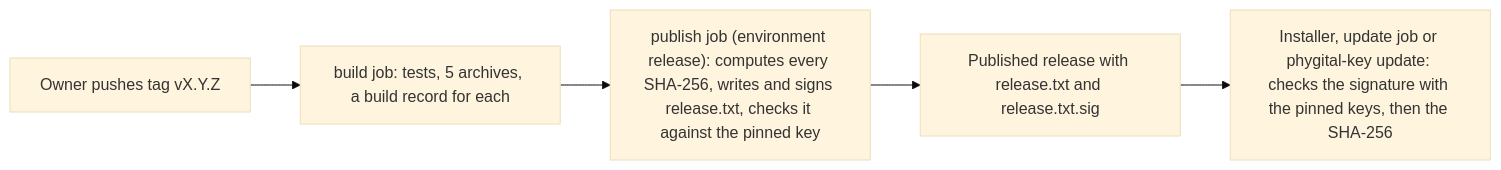
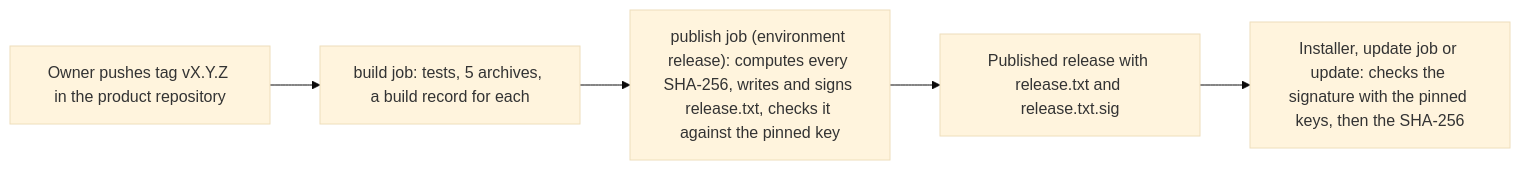
Before and after one commit to Phygital-Key/phygital-key: the second of 2 diagrams in docs/updates.md, drawn with Mermaid (base theme). The commit also changed other lines of this file and 114 other files, not shown here.

Commit message:
Split into a shared base: the gate becomes the phygital-key-gate library (Product + Adapter), installers and release scripts become product templates; MCP moves to Phygital-Key/phygital-key-mcp, A2A is Phygital-Key/phygital-key-a2a; docs made product-neutral; v0.4.0

````diff
--- a/docs/updates.md
+++ b/docs/updates.md
@@ -220,7 +249,7 @@
 ```mermaid
 flowchart LR
-    Tag["Owner pushes tag vX.Y.Z"] --> Build["build job: tests, 5 archives, a build record for each"]
+    Tag["Owner pushes tag vX.Y.Z in the product repository"] --> Build["build job: tests, 5 archives, a build record for each"]
     Build --> Sign["publish job (environment release): computes every SHA-256, writes and signs release.txt, checks it against the pinned key"]
     Sign --> Pub["Published release with release.txt and release.txt.sig"]
-    Pub --> Check["Installer, update job or phygital-key update: checks the signature with the pinned keys, then the SHA-256"]
+    Pub --> Check["Installer, update job or update: checks the signature with the pinned keys, then the SHA-256"]
 ```
````
